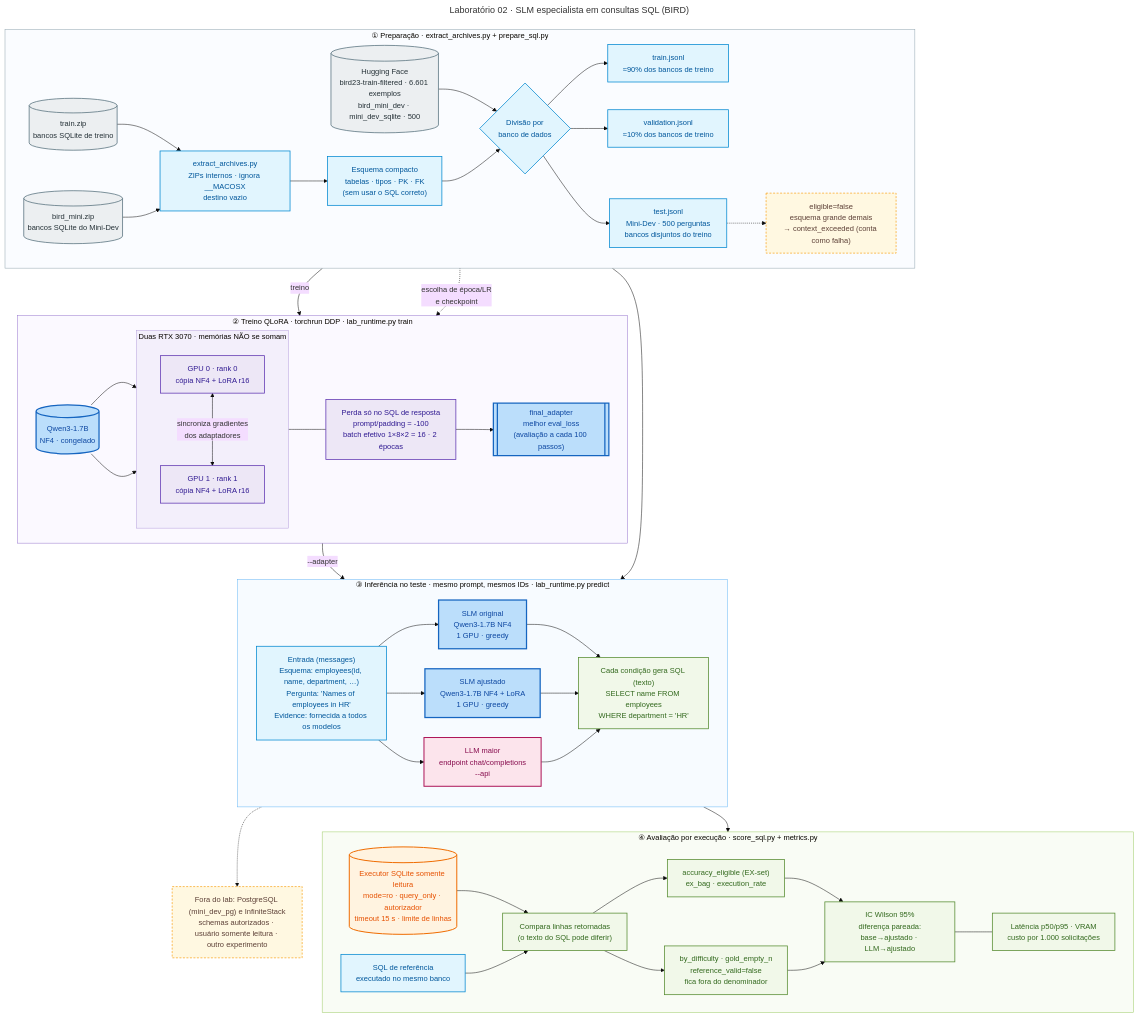
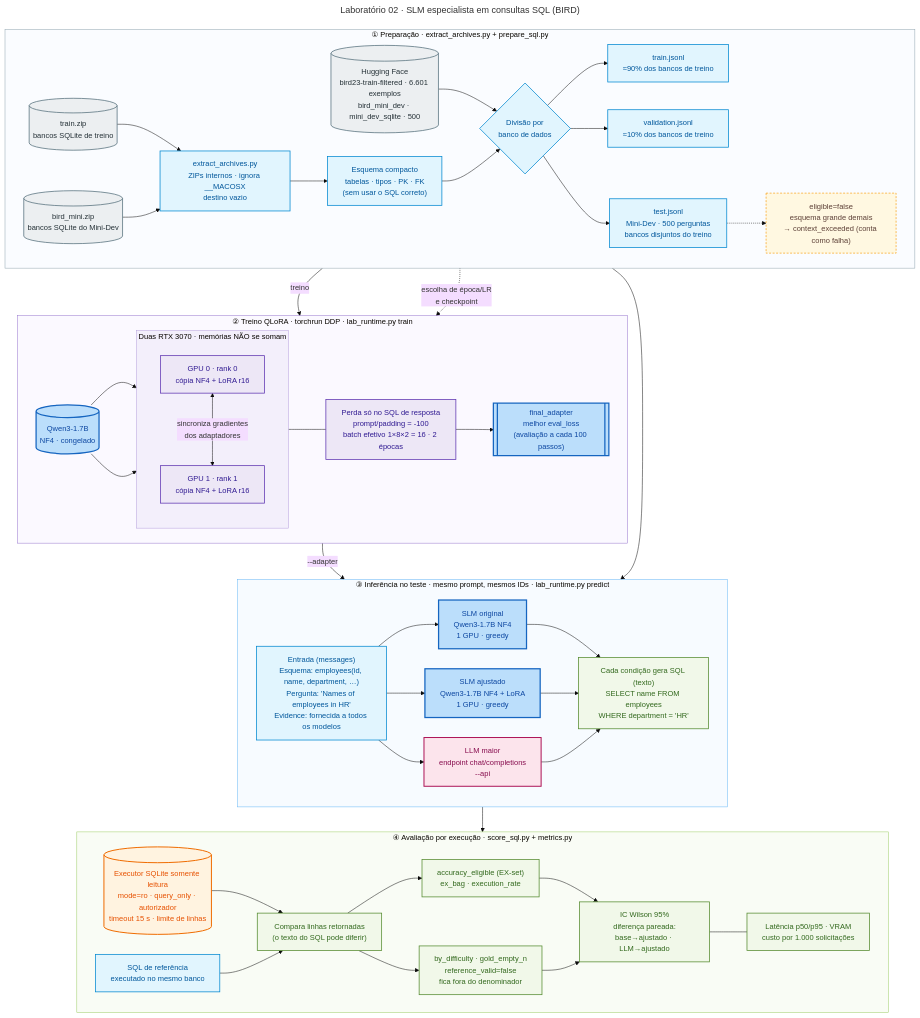
One commit to damico/slm-lab changed the diagram in diagramas/laboratorio-02-sql.mmd. Above: the diagram before and after it, drawn with Mermaid. The commit also changed 7 other files, not shown here.

Commit message:
Remove dos diagramas os elementos fora do escopo dos laboratórios

```diff
--- a/diagramas/laboratorio-02-sql.mmd
+++ b/diagramas/laboratorio-02-sql.mmd
@@ -1,103 +1,101 @@
 ---
 title: "Laboratório 02 · SLM especialista em consultas SQL (BIRD)"
 config:
   theme: base
   themeVariables:
     fontFamily: "Arial, Helvetica, sans-serif"
     fontSize: "15px"
   flowchart:
     curve: basis
     nodeSpacing: 40
     rankSpacing: 50
 ---
 flowchart TB
     classDef src fill:#eceff1,stroke:#546e7a,stroke-width:1.5px,color:#263238;
     classDef data fill:#e1f5fe,stroke:#0288d1,stroke-width:1.5px,color:#01579b;
     classDef gpu fill:#ede7f6,stroke:#5e35b1,stroke-width:1.5px,color:#311b92;
     classDef model fill:#bbdefb,stroke:#1565c0,stroke-width:2.5px,color:#0d47a1;
     classDef llm fill:#fce4ec,stroke:#ad1457,stroke-width:2px,color:#880e4f;
     classDef out fill:#f1f8e9,stroke:#558b2f,stroke-width:1.5px,color:#33691e;
     classDef db fill:#fff3e0,stroke:#ef6c00,stroke-width:2px,color:#e65100;
     classDef warn fill:#fff8e1,stroke:#f9a825,stroke-width:1.5px,stroke-dasharray:4 3,color:#5d4037;
 
     %% ---------- 1. PREPARAÇÃO ----------
     subgraph P["① Preparação · extract_archives.py + prepare_sql.py"]
         direction LR
         ZT[("train.zip<br/>bancos SQLite de treino")]:::src
         ZM[("bird_mini.zip<br/>bancos SQLite do Mini-Dev")]:::src
         HF[("Hugging Face<br/>bird23-train-filtered · 6.601 exemplos<br/>bird_mini_dev · mini_dev_sqlite · 500")]:::src
         EXT["extract_archives.py<br/>ZIPs internos · ignora __MACOSX<br/>destino vazio"]:::data
         SCH["Esquema compacto<br/>tabelas · tipos · PK · FK<br/>(sem usar o SQL correto)"]:::data
         SPLIT{"Divisão por<br/>banco de dados"}:::data
         TR["train.jsonl<br/>≈90% dos bancos de treino"]:::data
         VA["validation.jsonl<br/>≈10% dos bancos de treino"]:::data
         TE["test.jsonl<br/>Mini-Dev · 500 perguntas<br/>bancos disjuntos do treino"]:::data
         EL["eligible=false<br/>esquema grande demais<br/>→ context_exceeded (conta como falha)"]:::warn
         ZT & ZM --> EXT --> SCH
         HF --> SPLIT
         SCH --> SPLIT
         SPLIT --> TR & VA & TE
         TE -.-> EL
     end
 
     %% ---------- 2. TREINO ----------
     subgraph T["② Treino QLoRA · torchrun DDP · lab_runtime.py train"]
         direction LR
         BASE[("Qwen3-1.7B<br/>NF4 · congelado")]:::model
         subgraph G["Duas RTX 3070 · memórias NÃO se somam"]
             direction TB
             G0["GPU 0 · rank 0<br/>cópia NF4 + LoRA r16"]:::gpu
             G1["GPU 1 · rank 1<br/>cópia NF4 + LoRA r16"]:::gpu
             G0 <-->|"sincroniza gradientes<br/>dos adaptadores"| G1
         end
         LOSS["Perda só no SQL de resposta<br/>prompt/padding = -100<br/>batch efetivo 1×8×2 = 16 · 2 épocas"]:::gpu
         ADP[["final_adapter<br/>melhor eval_loss<br/>(avaliação a cada 100 passos)"]]:::model
         BASE --> G0 & G1
         G --- LOSS
         LOSS --> ADP
     end
 
     %% ---------- 3. INFERÊNCIA ----------
     subgraph I["③ Inferência no teste · mesmo prompt, mesmos IDs · lab_runtime.py predict"]
         direction LR
         EX["Entrada (messages)<br/>Esquema: employees(id, name, department, …)<br/>Pergunta: 'Names of employees in HR'<br/>Evidence: fornecida a todos os modelos"]:::data
         C1["SLM original<br/>Qwen3-1.7B NF4<br/>1 GPU · greedy"]:::model
         C2["SLM ajustado<br/>Qwen3-1.7B NF4 + LoRA<br/>1 GPU · greedy"]:::model
         C3["LLM maior<br/>endpoint chat/completions<br/>--api"]:::llm
         Y["Cada condição gera SQL (texto)<br/>SELECT name FROM employees<br/>WHERE department = 'HR'"]:::out
         EX --> C1 & C2 & C3
         C1 & C2 & C3 --> Y
     end
 
     %% ---------- 4. AVALIAÇÃO ----------
     subgraph A["④ Avaliação por execução · score_sql.py + metrics.py"]
         direction LR
         RO[("Executor SQLite somente leitura<br/>mode=ro · query_only · autorizador<br/>timeout 15 s · limite de linhas")]:::db
         GOLD["SQL de referência<br/>executado no mesmo banco"]:::data
         CMP["Compara linhas retornadas<br/>(o texto do SQL pode diferir)"]:::out
         M1["accuracy_eligible (EX-set)<br/>ex_bag · execution_rate"]:::out
         M2["by_difficulty · gold_empty_n<br/>reference_valid=false<br/>fica fora do denominador"]:::out
         M3["IC Wilson 95%<br/>diferença pareada:<br/>base→ajustado · LLM→ajustado"]:::out
         M4["Latência p50/p95 · VRAM<br/>custo por 1.000 solicitações"]:::out
         RO --> CMP
         GOLD --> CMP
         CMP --> M1 & M2
         M1 --> M3
         M2 --> M3
         M3 --- M4
     end
 
     TR -->|treino| T
     VA -.->|escolha de época/LR<br/>e checkpoint| T
     TE --> EX
     ADP -->|--adapter| C2
     Y --> RO
 
-    APP["Fora do lab: PostgreSQL (mini_dev_pg) e InfiniteStack<br/>schemas autorizados · usuário somente leitura · outro experimento"]:::warn
-    Y -.-> APP
 
     style P fill:#fafcff,stroke:#90a4ae,stroke-width:1px
     style T fill:#fbf9ff,stroke:#9575cd,stroke-width:1px
     style G fill:#f3effb,stroke:#b39ddb,stroke-width:1px
     style I fill:#f7fbff,stroke:#64b5f6,stroke-width:1px
     style A fill:#f9fcf5,stroke:#9ccc65,stroke-width:1px
```
